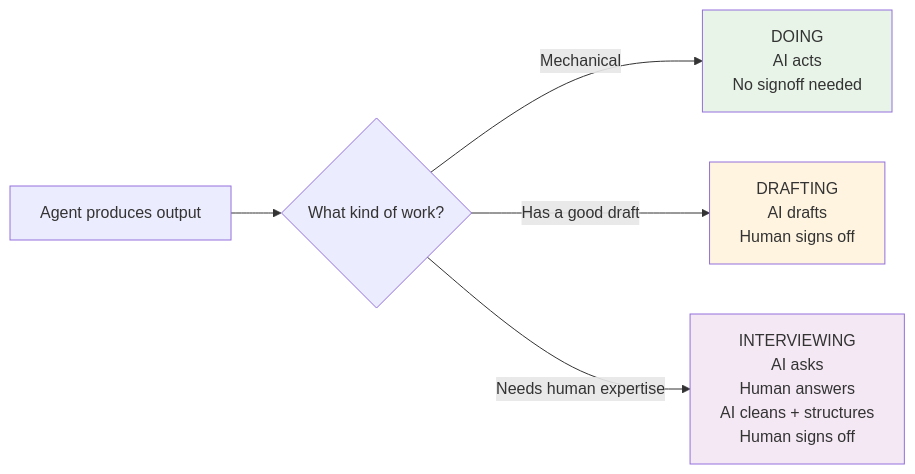
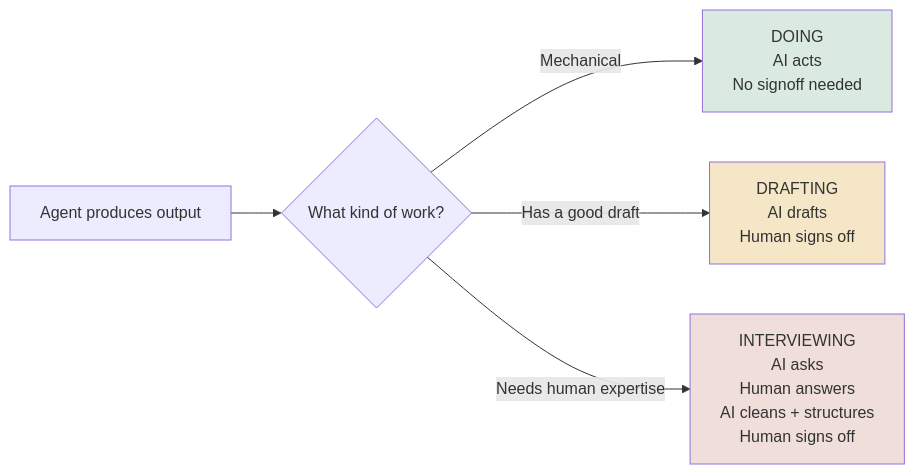
One commit to nlawstudio/ai-refinement-method changed the third of 17 diagrams in METHOD.md. Above: the diagram before and after it, drawn with Mermaid. The commit also changed other lines of this file and 1 other file, not shown here.

````diff
--- a/METHOD.md
+++ b/METHOD.md
@@ -484,11 +505,11 @@
 ```mermaid
 flowchart LR
     A[Agent produces output] --> B{What kind of work?}
     B -->|Mechanical| C[DOING<br/>AI acts<br/>No signoff needed]
     B -->|Has a good draft| D[DRAFTING<br/>AI drafts<br/>Human signs off]
     B -->|Needs human expertise| E[INTERVIEWING<br/>AI asks<br/>Human answers<br/>AI cleans + structures<br/>Human signs off]
 
-    style C fill:#e8f4e8
-    style D fill:#fff4e0
-    style E fill:#f4e8f4
+    style C fill:#DBEAE1
+    style D fill:#F4E6C6
+    style E fill:#EFDED9
 ```
````
